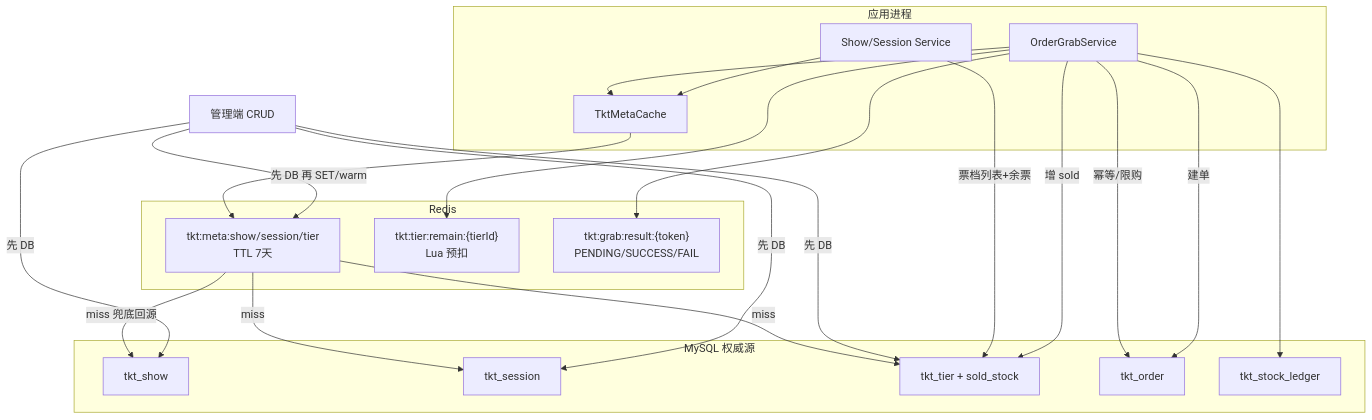
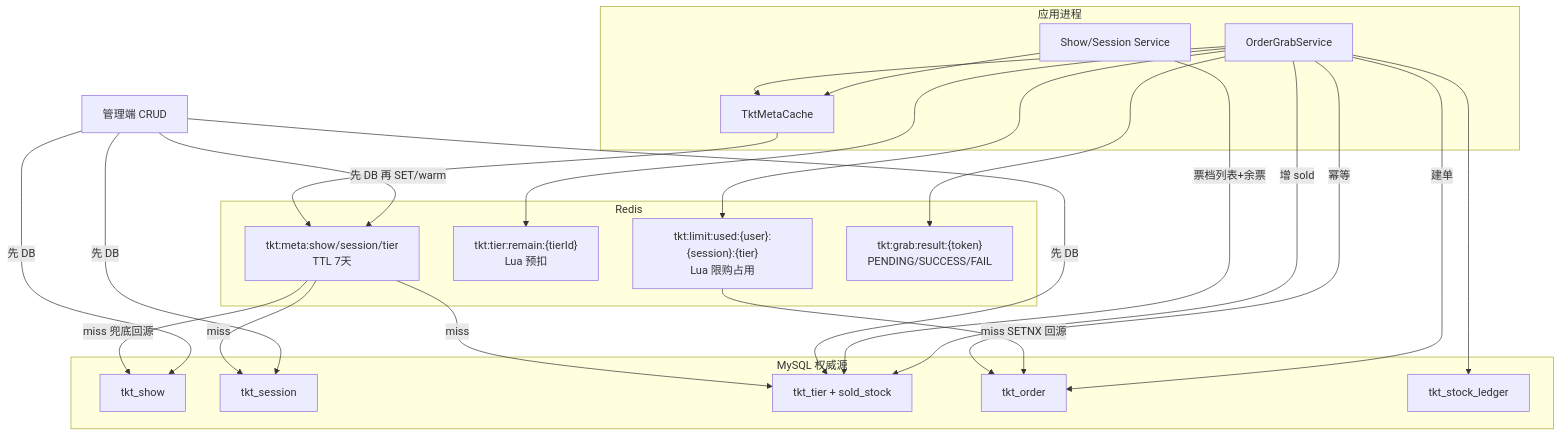
Before and after one commit to Pderi/High-Concurrency-Project: the third of 14 diagrams in docs/讲解/用户浏览与抢票全链路说明.md, drawn with Mermaid. The commit also changed other lines of this file and 11 other files, not shown here.

````diff
--- a/docs/讲解/用户浏览与抢票全链路说明.md
+++ b/docs/讲解/用户浏览与抢票全链路说明.md
@@ -131,40 +175,43 @@
 ```mermaid
 flowchart TB
   subgraph App["应用进程"]
     Grab[OrderGrabService]
     Browse[Show/Session Service]
     Meta[TktMetaCache]
     Grab --> Meta
     Browse --> Meta
   end
 
   subgraph RedisLayer["Redis"]
     MetaKeys["tkt:meta:show/session/tier<br/>TTL 7天"]
     Remain["tkt:tier:remain:{tierId}<br/>Lua 预扣"]
+    LimitUsed["tkt:limit:used:{user}:{session}:{tier}<br/>Lua 限购占用"]
     Result["tkt:grab:result:{token}<br/>PENDING/SUCCESS/FAIL"]
     Meta --> MetaKeys
   end
 
   subgraph MySQL["MySQL 权威源"]
     ShowTbl[tkt_show]
     SessionTbl[tkt_session]
     TierTbl[tkt_tier + sold_stock]
     OrderTbl[tkt_order]
     Ledger[tkt_stock_ledger]
   end
 
   MetaKeys -->|miss 兜底回源| ShowTbl
   MetaKeys -->|miss| SessionTbl
   MetaKeys -->|miss| TierTbl
   Admin[管理端 CRUD] -->|先 DB 再 SET/warm| MetaKeys
   Admin -->|先 DB| ShowTbl
   Admin -->|先 DB| SessionTbl
   Admin -->|先 DB| TierTbl
   Browse -->|票档列表+余票| TierTbl
-  Grab -->|幂等/限购| OrderTbl
+  Grab -->|幂等| OrderTbl
   Grab --> Remain
+  Grab --> LimitUsed
+  LimitUsed -->|miss SETNX 回源| OrderTbl
   Grab --> Result
   Grab -->|建单| OrderTbl
   Grab -->|增 sold| TierTbl
   Grab --> Ledger
 ```
````
